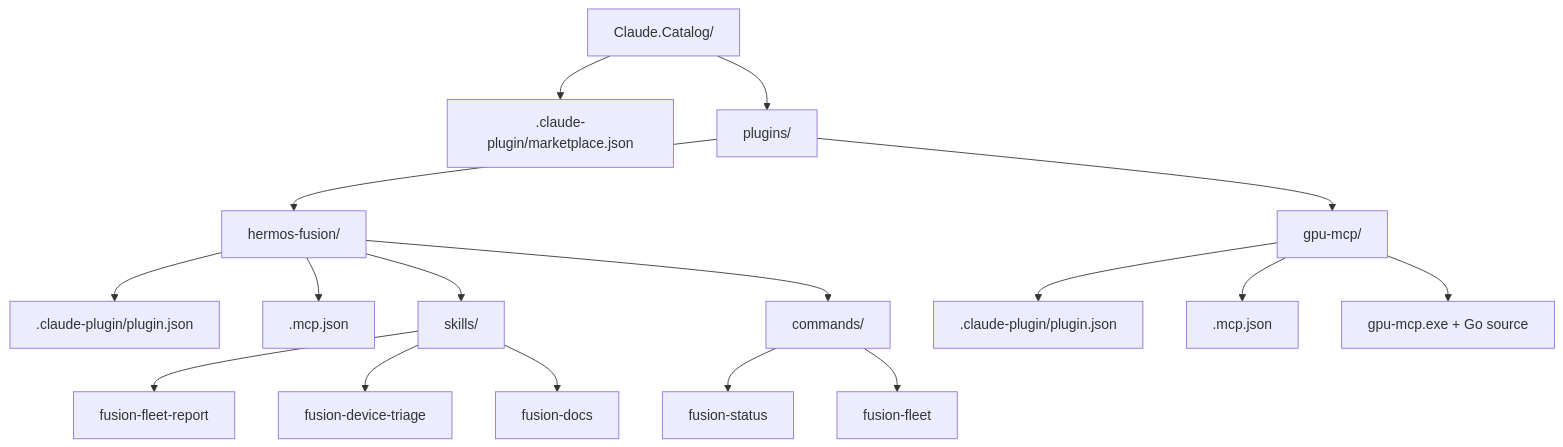
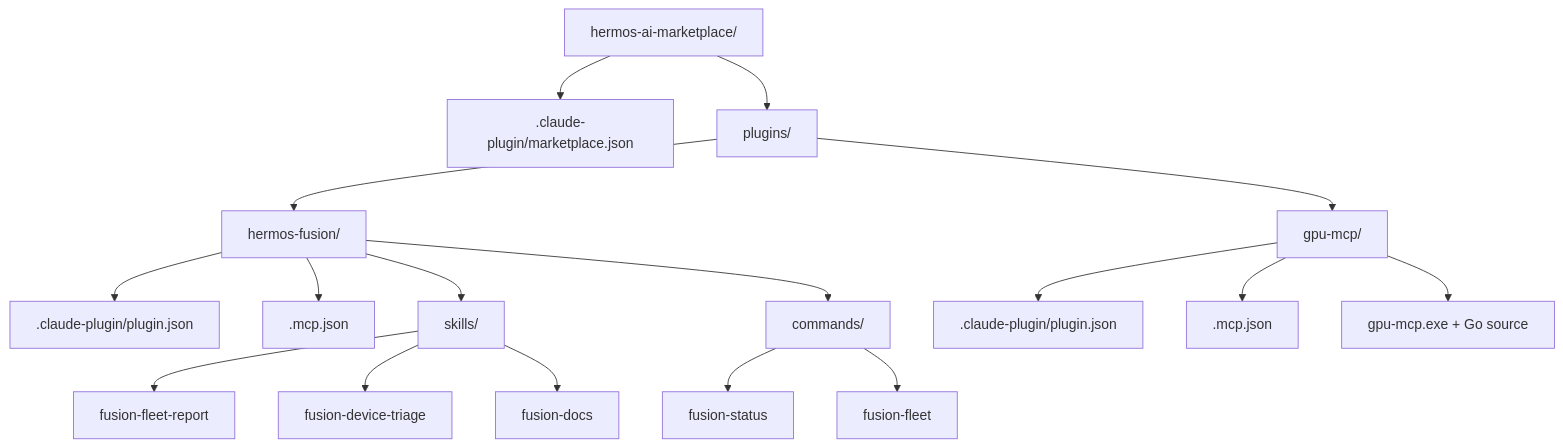
The first of 4 diagrams in README.md (Hermos-AG/hermos-ai-marketplace), drawn with Mermaid before and after one commit. The commit also changed other lines of this file and 12 other files, not shown here.

First line of the commit message:
chore(catalog): Umbenennung in hermos-ai-marketplace + Umzug nach HER-MCP (1.4.1) (#1)

````diff
--- a/README.md
+++ b/README.md
@@ -50,19 +68,19 @@
 ```mermaid
 graph TD
-    R["Claude.Catalog/"] --> M[".claude-plugin/marketplace.json"]
+    R["hermos-ai-marketplace/"] --> M[".claude-plugin/marketplace.json"]
     R --> P["plugins/"]
     P --> F["hermos-fusion/"]
     F --> FM[".claude-plugin/plugin.json"]
     F --> FC[".mcp.json"]
     F --> FS["skills/"]
     F --> FK["commands/"]
     FS --> S1["fusion-fleet-report"]
     FS --> S2["fusion-device-triage"]
     FS --> S3["fusion-docs"]
     FK --> K1["fusion-status"]
     FK --> K2["fusion-fleet"]
     P --> G["gpu-mcp/"]
     G --> GM[".claude-plugin/plugin.json"]
     G --> GC[".mcp.json"]
     G --> GE["gpu-mcp.exe + Go source"]
 ```
````
